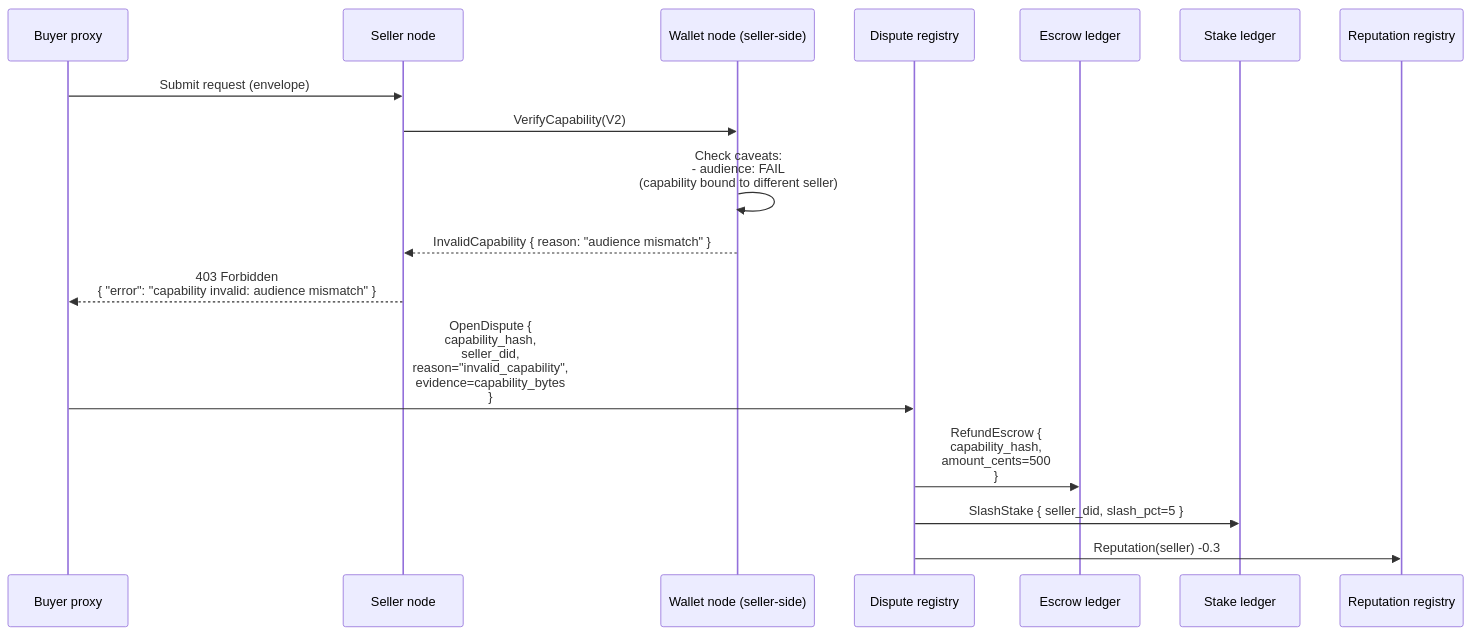
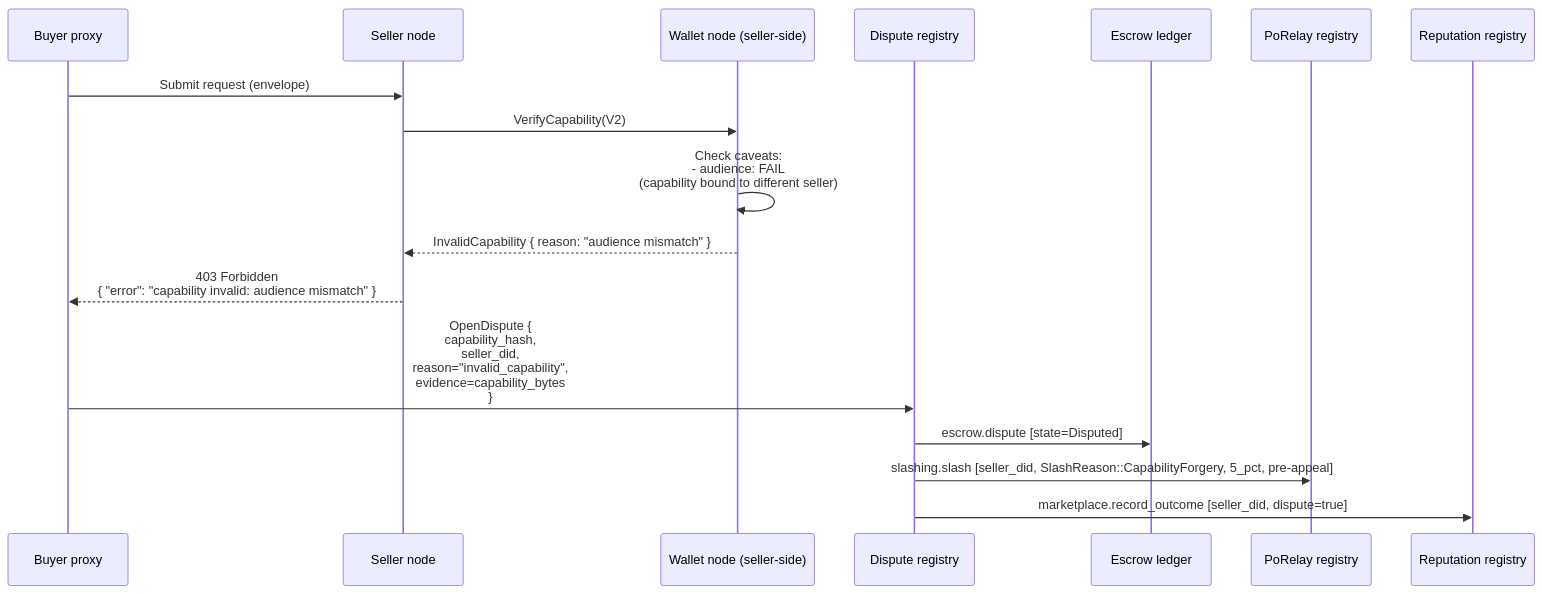
Diagram 13 of 14 in docs/architecture/end-to-end-scenarios.md (CipherOcto/cipherocto), drawn with Mermaid before and after one commit. The commit also changed other lines of this file, not shown here.

````diff
--- a/docs/architecture/end-to-end-scenarios.md
+++ b/docs/architecture/end-to-end-scenarios.md
@@ -563,21 +570,21 @@
 ```mermaid
 sequenceDiagram
     participant P0 as Buyer proxy
     participant SN as Seller node
     participant W as Wallet node (seller-side)
     participant D as Dispute registry
     participant E as Escrow ledger
-    participant ST as Stake ledger
+    participant ST as PoRelay registry
     participant RR as Reputation registry
 
     P0->>SN: Submit request (envelope)
     SN->>W: VerifyCapability(V2)
     W->>W: Check caveats:<br/>  - audience: FAIL<br/>(capability bound to different seller)
     W-->>SN: InvalidCapability { reason: "audience mismatch" }
     SN-->>P0: 403 Forbidden<br/>{ "error": "capability invalid: audience mismatch" }
 
     P0->>D: OpenDispute {<br/>  capability_hash,<br/>  seller_did,<br/>  reason="invalid_capability",<br/>  evidence=capability_bytes<br/>}
-    D->>E: RefundEscrow {<br/>  capability_hash,<br/>  amount_cents=500<br/>}
-    D->>ST: SlashStake { seller_did, slash_pct=5 }
-    D->>RR: Reputation(seller) -0.3
+    D->>E: escrow.dispute [state=Disputed]
+    D->>ST: slashing.slash [seller_did, SlashReason::CapabilityForgery, 5_pct, pre-appeal]
+    D->>RR: marketplace.record_outcome [seller_did, dispute=true]
 ```
````
